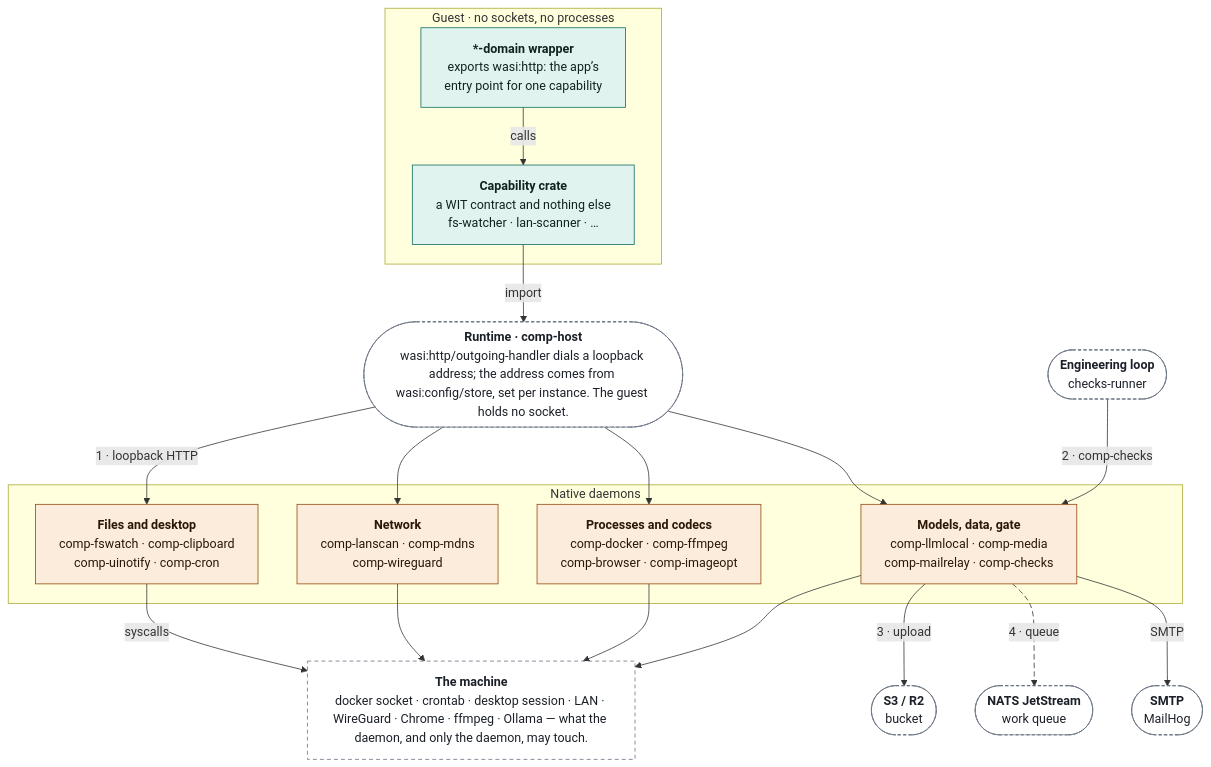
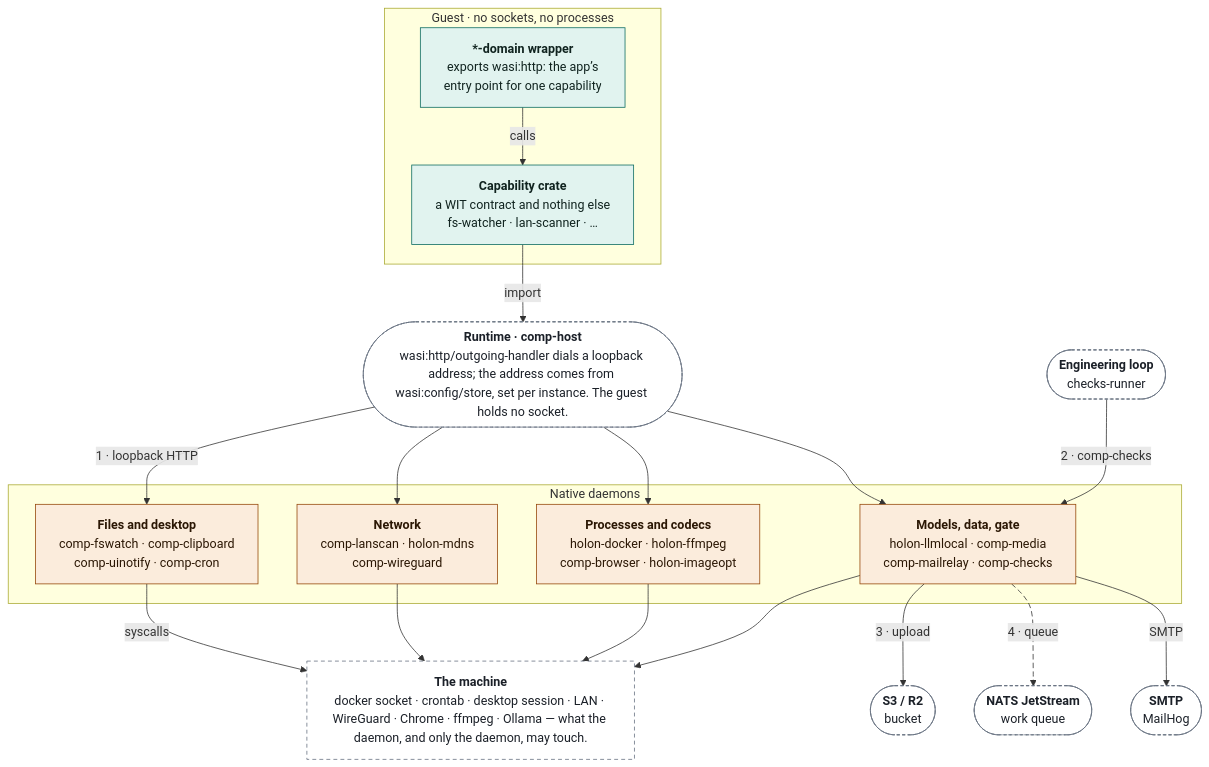
One commit to markkovari/holon changed the sixth of 11 diagrams in docs/ARCHITECTURE.md. Above: the diagram before and after it, drawn with Mermaid. The commit also changed 25 other files, not shown here.

````diff
--- a/docs/ARCHITECTURE.md
+++ b/docs/ARCHITECTURE.md
@@ -400,42 +400,42 @@
 ```mermaid
 %%{init: {"flowchart": {"wrappingWidth": 360}}}%%
 flowchart TB
   classDef wasm fill:#e1f3ef,stroke:#0a6a5f,color:#10231f
   classDef native fill:#fbecdc,stroke:#954709,color:#2b1704
   classDef store fill:#eae7fa,stroke:#4a3fb0,color:#17123f
   classDef actor fill:#e4ebf7,stroke:#2a4977,color:#0f1d33
   classDef spec fill:#eef1f5,stroke:#465160,color:#1b2028
   classDef ext fill:#ffffff,stroke:#667180,color:#1b2028,stroke-dasharray:5 4
   classDef ghost fill:#ffffff,stroke:#667180,color:#1b2028,stroke-dasharray:4 3
   subgraph grp_guest["Guest · no sockets, no processes"]
     n_dom["<b>*-domain wrapper</b><br/>exports wasi:http: the app’s<br/>entry point for one capability"]:::wasm
     n_cap["<b>Capability crate</b><br/>a WIT contract and nothing else<br/>fs-watcher · lan-scanner · …"]:::wasm
   end
   subgraph grp_nd["Native daemons"]
     n_d_files["<b>Files and desktop</b><br/>comp-fswatch · comp-clipboard<br/>comp-uinotify · comp-cron"]:::native
-    n_d_net["<b>Network</b><br/>comp-lanscan · comp-mdns<br/>comp-wireguard"]:::native
-    n_d_proc["<b>Processes and codecs</b><br/>comp-docker · comp-ffmpeg<br/>comp-browser · comp-imageopt"]:::native
-    n_d_data["<b>Models, data, gate</b><br/>comp-llmlocal · comp-media<br/>comp-mailrelay · comp-checks"]:::native
+    n_d_net["<b>Network</b><br/>comp-lanscan · holon-mdns<br/>comp-wireguard"]:::native
+    n_d_proc["<b>Processes and codecs</b><br/>holon-docker · holon-ffmpeg<br/>comp-browser · holon-imageopt"]:::native
+    n_d_data["<b>Models, data, gate</b><br/>holon-llmlocal · comp-media<br/>comp-mailrelay · comp-checks"]:::native
   end
   n_broker(["<b>Runtime · comp-host</b><br/>wasi:http/outgoing-handler dials a loopback address; the address comes from wasi:config/store, set per instance. The guest holds no socket."]):::ghost
   n_machine["<b>The machine</b><br/>docker socket · crontab · desktop session · LAN · WireGuard · Chrome · ffmpeg · Ollama — what the daemon, and only the daemon, may touch."]:::ext
   n_g_loop(["<b>Engineering loop</b><br/>checks-runner"]):::ghost
   n_g_s3(["<b>S3 / R2</b><br/>bucket"]):::ghost
   n_g_nats(["<b>NATS JetStream</b><br/>work queue"]):::ghost
   n_g_smtp(["<b>SMTP</b><br/>MailHog"]):::ghost
   n_dom -- "calls" --> n_cap
   n_cap -- "import" --> n_broker
   n_d_files -- "syscalls" --> n_machine
   n_d_net --> n_machine
   n_d_proc --> n_machine
   n_d_data --> n_machine
   n_broker -- "1 · loopback HTTP" --> n_d_files
   n_broker --> n_d_net
   n_broker --> n_d_proc
   n_broker --> n_d_data
   n_g_loop -- "2 · comp-checks" --> n_d_data
   n_d_data -- "3 · upload" --> n_g_s3
   n_d_data -- "4 · queue" --> n_g_nats
   n_d_data -- "SMTP" --> n_g_smtp
   linkStyle 12 stroke-dasharray:7 4
 ```
````
